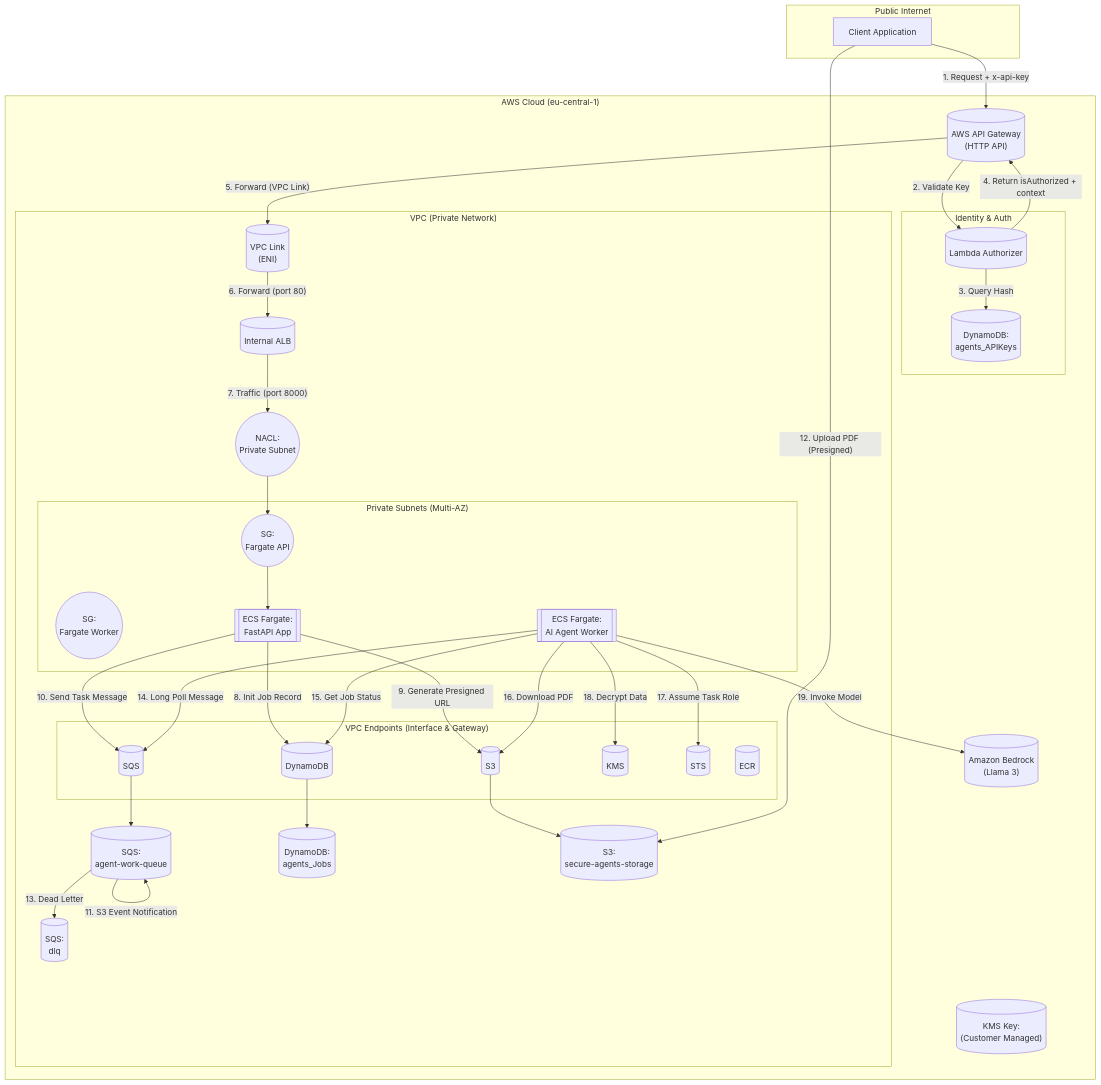
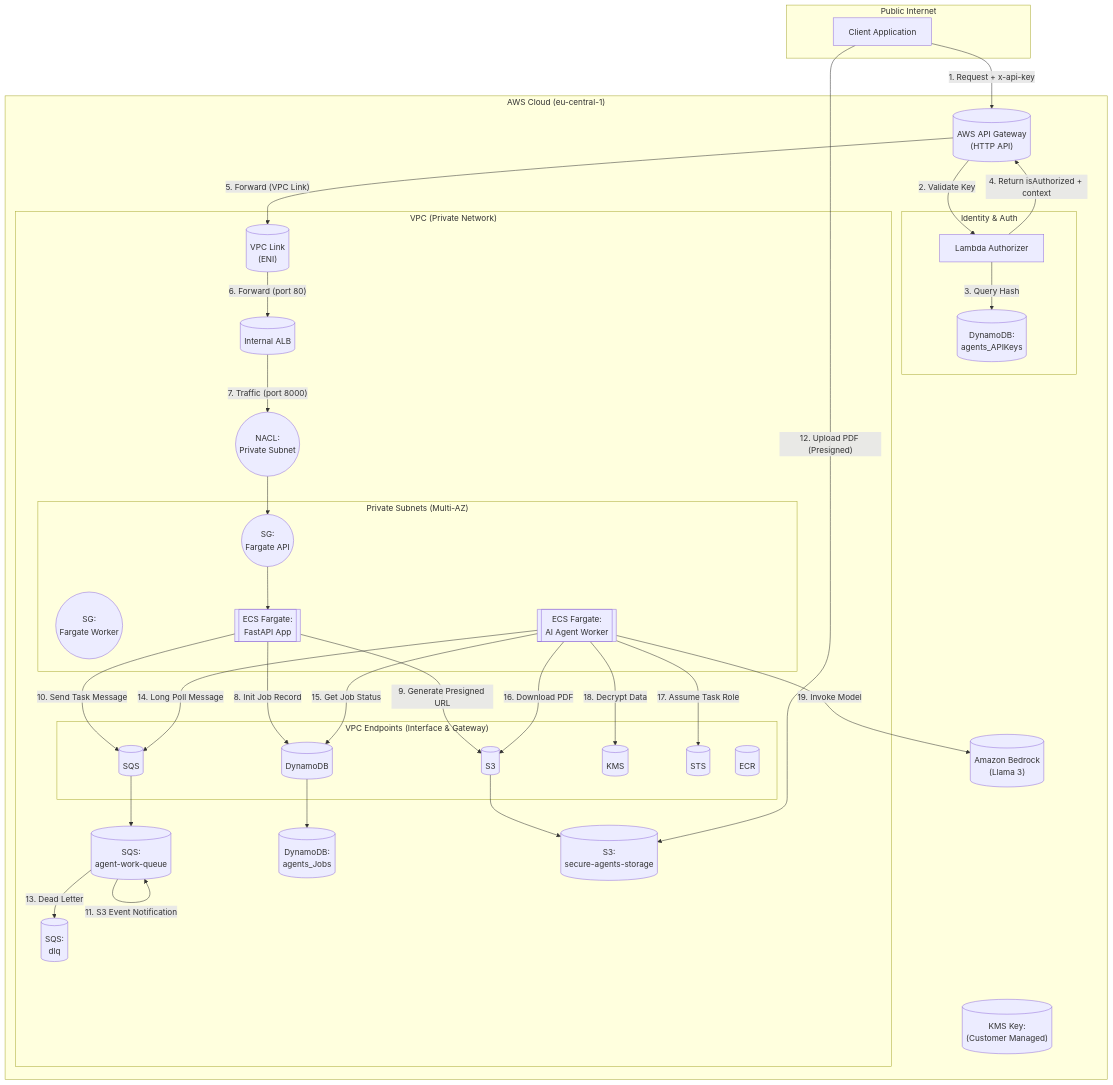
Before and after one commit to SteliosSpanos/secure-agents: the diagram in README.md, drawn with Mermaid.

Commit message:
Fixes lambda in diagram

````diff
--- a/README.md
+++ b/README.md
@@ -11,78 +11,78 @@
 ```mermaid
 graph TD
   subgraph PublicInternet["Public Internet"]
-    Client[Client Application]
+    Client["Client Application"]
   end
 
   subgraph AWSCloud["AWS Cloud (eu-central-1)"]
     APIGW[("AWS API Gateway<br>(HTTP API)")]
 
     subgraph AuthLayer["Identity & Auth"]
-      Authorizer[("Lambda Authorizer")]
+      Authorizer["Lambda Authorizer"]
       ApiKeysTable[("DynamoDB:<br>agents_APIKeys")]
     end
 
     subgraph VPC["VPC (Private Network)"]
       VpcLinkENI[("VPC Link<br>(ENI)")]
       InternalALB[("Internal ALB")]
 
       subgraph VpcEndpoints["VPC Endpoints (Interface & Gateway)"]
         EndpointSQS[("SQS")]
         EndpointDynamoDB[("DynamoDB")]
         EndpointS3[("S3")]
         EndpointKMS[("KMS")]
         EndpointSTS[("STS")]
         EndpointECR[("ECR")]
       end
 
       MainQueue[("SQS:<br>agent-work-queue")]
       DlqQueue[("SQS:<br>dlq")]
       JobsTable[("DynamoDB:<br>agents_Jobs")]
       StorageBucket[("S3:<br>secure-agents-storage")]
 
       NaclGate(("NACL:<br>Private Subnet"))
 
       subgraph PrivateSubnets["Private Subnets (Multi-AZ)"]
         SgApi(("SG:<br>Fargate API"))
         SgWorker(("SG:<br>Fargate Worker"))
 
         ApiService[["ECS Fargate:<br>FastAPI App"]]
         WorkerService[["ECS Fargate:<br>AI Agent Worker"]]
       end
     end
 
     BedrockService[("Amazon Bedrock<br>(Llama 3)")]
     KmsKey[("KMS Key:<br>(Customer Managed)")]
   end
 
 
   Client -- "1. Request + x-api-key" --> APIGW
   APIGW -- "2. Validate Key" --> Authorizer
   Authorizer -- "3. Query Hash" --> ApiKeysTable
   Authorizer -- "4. Return isAuthorized + context" --> APIGW
 
   APIGW -- "5. Forward (VPC Link)" --> VpcLinkENI
   VpcLinkENI -- "6. Forward (port 80)" --> InternalALB
   InternalALB -- "7. Traffic (port 8000)" --> NaclGate
   NaclGate --> SgApi
   SgApi --> ApiService
 
   ApiService -- "8. Init Job Record" --> EndpointDynamoDB
   EndpointDynamoDB --> JobsTable
   ApiService -- "9. Generate Presigned URL" --> EndpointS3
   EndpointS3 --> StorageBucket
   ApiService -- "10. Send Task Message" --> EndpointSQS
   EndpointSQS --> MainQueue
 
   MainQueue -- "11. S3 Event Notification" --> MainQueue
   Client -- "12. Upload PDF (Presigned)" --> StorageBucket
   MainQueue -- "13. Dead Letter" --> DlqQueue
   WorkerService -- "14. Long Poll Message" --> EndpointSQS
   WorkerService -- "15. Get Job Status" --> EndpointDynamoDB
   WorkerService -- "16. Download PDF" --> EndpointS3
   WorkerService -- "17. Assume Task Role" --> EndpointSTS
   WorkerService -- "18. Decrypt Data" --> EndpointKMS
 
   WorkerService -- "19. Invoke Model" --> BedrockService
 
 ```
````
